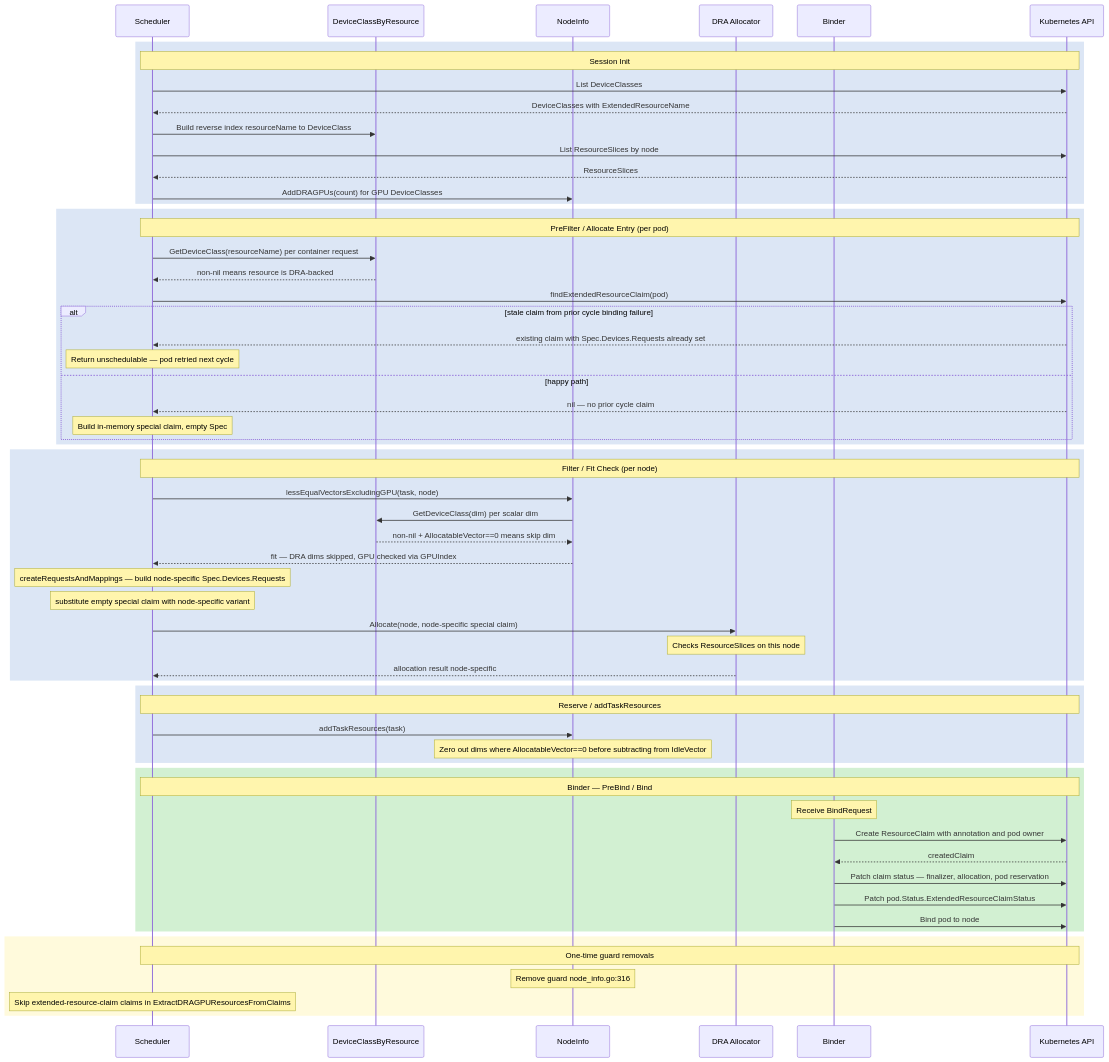
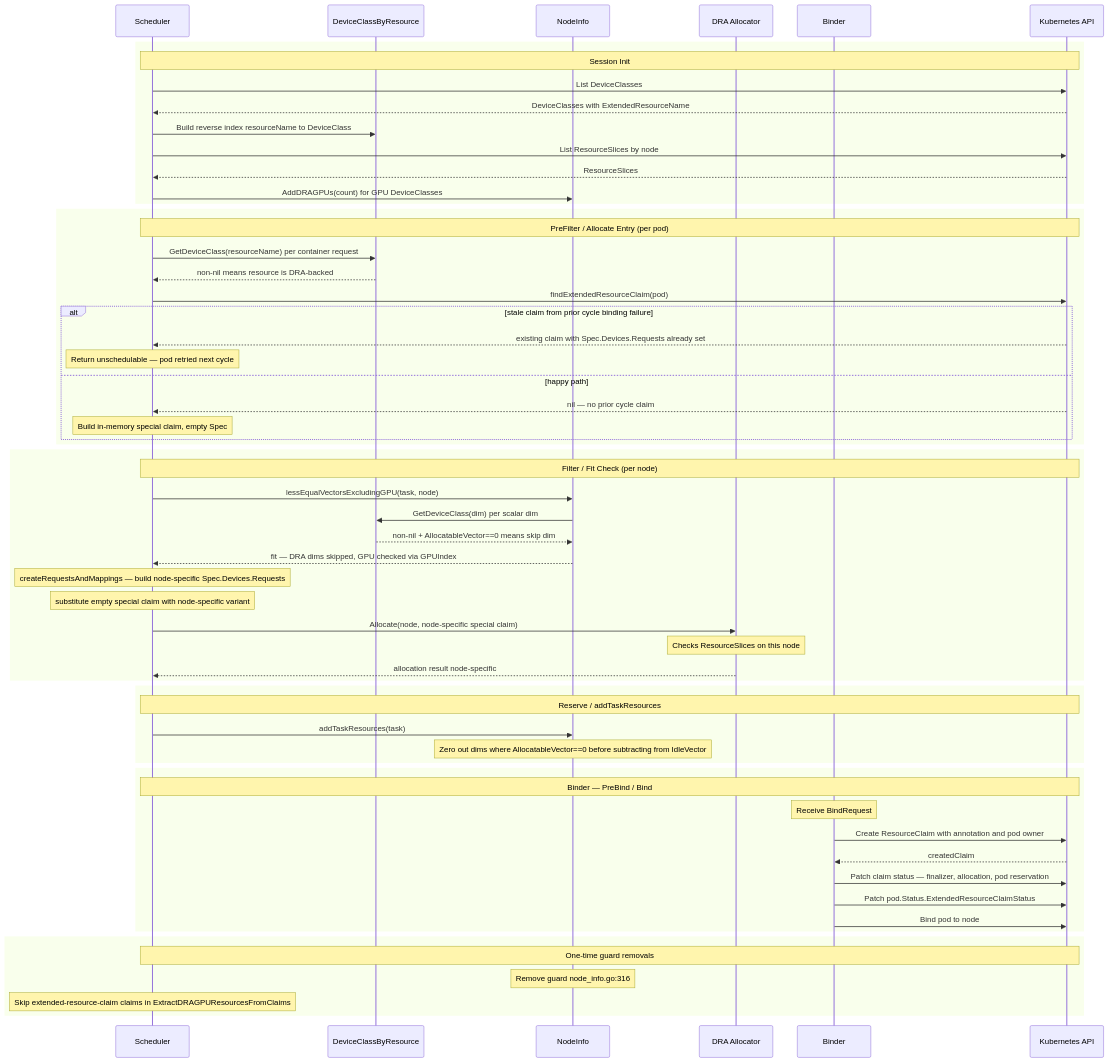
Before and after one commit to kai-scheduler/KAI-Scheduler: the diagram in docs/developer/designs/dra-extended-resources/README.md, drawn with Mermaid.

````diff
--- a/docs/developer/designs/dra-extended-resources/README.md
+++ b/docs/developer/designs/dra-extended-resources/README.md
@@ -143,68 +143,68 @@
 ```mermaid
 sequenceDiagram
     participant S as Scheduler
     participant C as DeviceClassByResource
     participant N as NodeInfo
     participant D as DRA Allocator
     participant B as Binder
     participant K as Kubernetes API
 
-    rect rgb(220, 230, 245)
+    rect
         note over S,K: Session Init
         S->>K: List DeviceClasses
         K-->>S: DeviceClasses with ExtendedResourceName
         S->>C: Build reverse index resourceName to DeviceClass
         S->>K: List ResourceSlices by node
         K-->>S: ResourceSlices
         S->>N: AddDRAGPUs(count) for GPU DeviceClasses
     end
 
-    rect rgb(220, 230, 245)
+    rect
         note over S,K: PreFilter / Allocate Entry (per pod)
         S->>C: GetDeviceClass(resourceName) per container request
         C-->>S: non-nil means resource is DRA-backed
         S->>K: findExtendedResourceClaim(pod)
         alt stale claim from prior cycle binding failure
             K-->>S: existing claim with Spec.Devices.Requests already set
             note over S: Return unschedulable — pod retried next cycle
         else happy path
             K-->>S: nil — no prior cycle claim
             note over S: Build in-memory special claim, empty Spec
         end
     end
 
-    rect rgb(220, 230, 245)
+    rect
         note over S,K: Filter / Fit Check (per node)
         S->>N: lessEqualVectorsExcludingGPU(task, node)
         N->>C: GetDeviceClass(dim) per scalar dim
         C-->>N: non-nil + AllocatableVector==0 means skip dim
         N-->>S: fit — DRA dims skipped, GPU checked via GPUIndex
         note over S: createRequestsAndMappings — build node-specific Spec.Devices.Requests
         note over S: substitute empty special claim with node-specific variant
         S->>D: Allocate(node, node-specific special claim)
         note over D: Checks ResourceSlices on this node
         D-->>S: allocation result node-specific
     end
 
-    rect rgb(220, 230, 245)
+    rect
         note over S,K: Reserve / addTaskResources
         S->>N: addTaskResources(task)
         note over N: Zero out dims where AllocatableVector==0 before subtracting from IdleVector
     end
 
-    rect rgb(210, 240, 210)
+    rect
         note over S,K: Binder — PreBind / Bind
         note over B: Receive BindRequest
         B->>K: Create ResourceClaim with annotation and pod owner
         K-->>B: createdClaim
         B->>K: Patch claim status — finalizer, allocation, pod reservation
         B->>K: Patch pod.Status.ExtendedResourceClaimStatus
         B->>K: Bind pod to node
     end
 
-    rect rgb(255, 250, 220)
+    rect
         note over S,K: One-time guard removals
         note over N: Remove guard node_info.go:316
         note over S: Skip extended-resource-claim claims in ExtractDRAGPUResourcesFromClaims
     end
 ```
````
